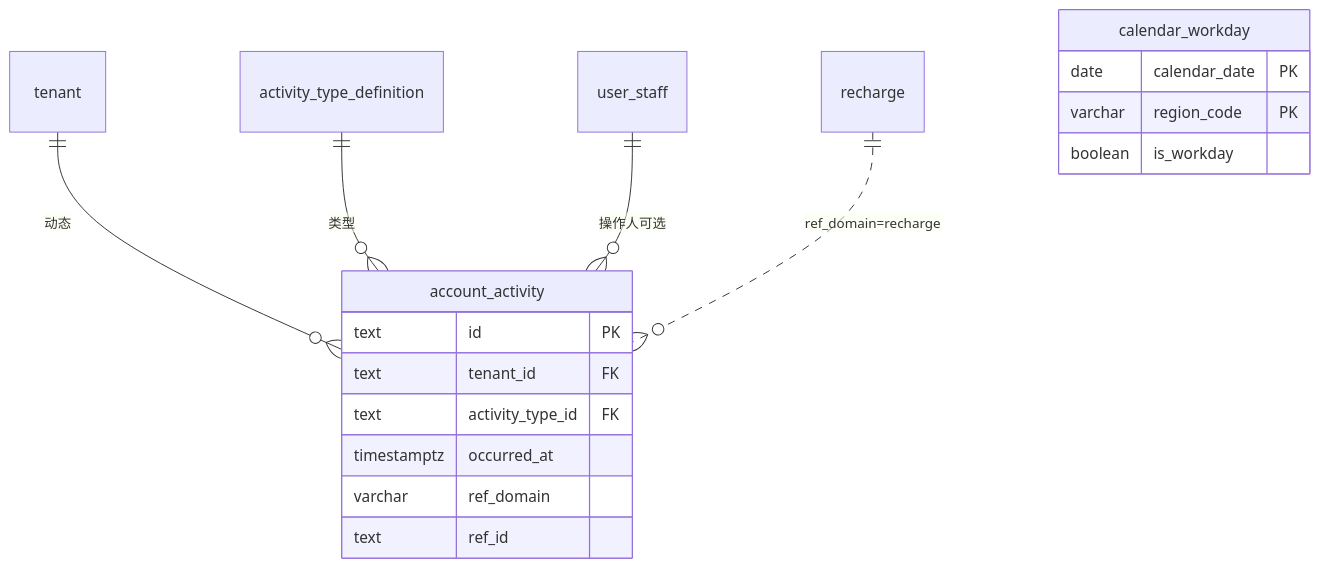
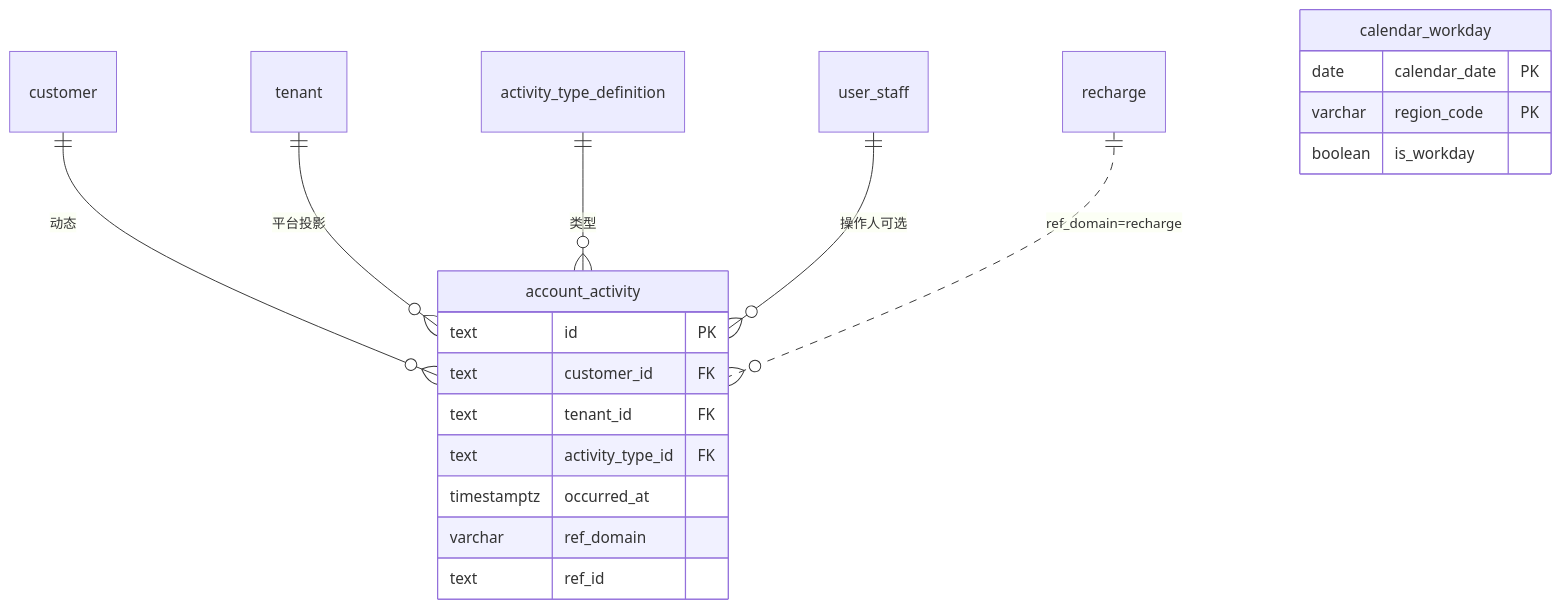
One commit to metacode0602/opencomfy-hub changed the third of 3 diagrams in apps/web/content/design/crm-database.md. Above: the diagram before and after it, drawn with Mermaid. The commit also changed other lines of this file and 26 other files, not shown here.

Commit message:
feat(apps-web): change tenant pages to customer pages

````diff
--- a/apps/web/content/design/crm-database.md
+++ b/apps/web/content/design/crm-database.md
@@ -605,22 +743,24 @@
 ```mermaid
 erDiagram
-  tenant ||--o{ account_activity : "动态"
+  customer ||--o{ account_activity : "动态"
+  tenant ||--o{ account_activity : "平台投影"
   activity_type_definition ||--o{ account_activity : "类型"
   user_staff ||--o{ account_activity : "操作人可选"
   recharge ||..o{ account_activity : "ref_domain=recharge"
 
   account_activity {
     text id PK
+    text customer_id FK
     text tenant_id FK
     text activity_type_id FK
     timestamptz occurred_at
     varchar ref_domain
     text ref_id
   }
 
   calendar_workday {
     date calendar_date PK
     varchar region_code PK
     boolean is_workday
   }
 ```
````
